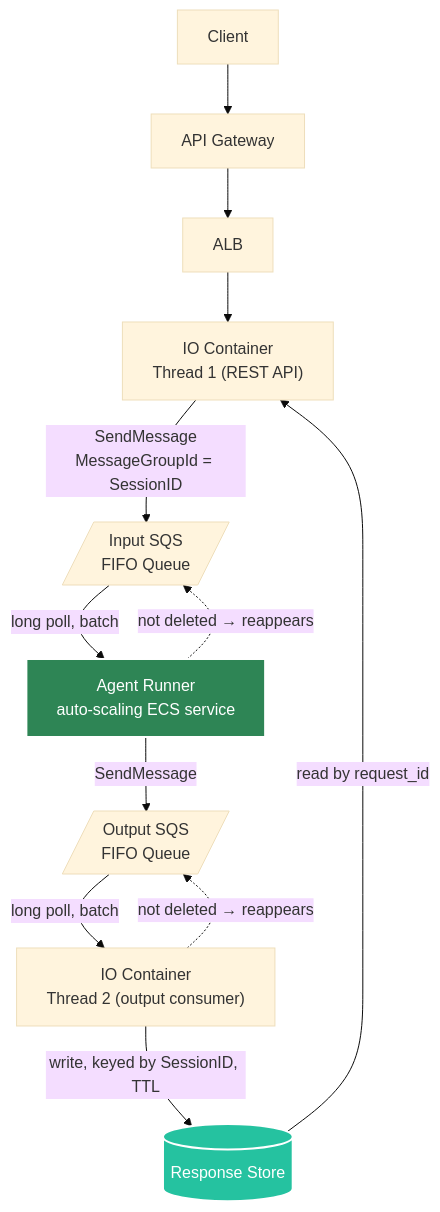
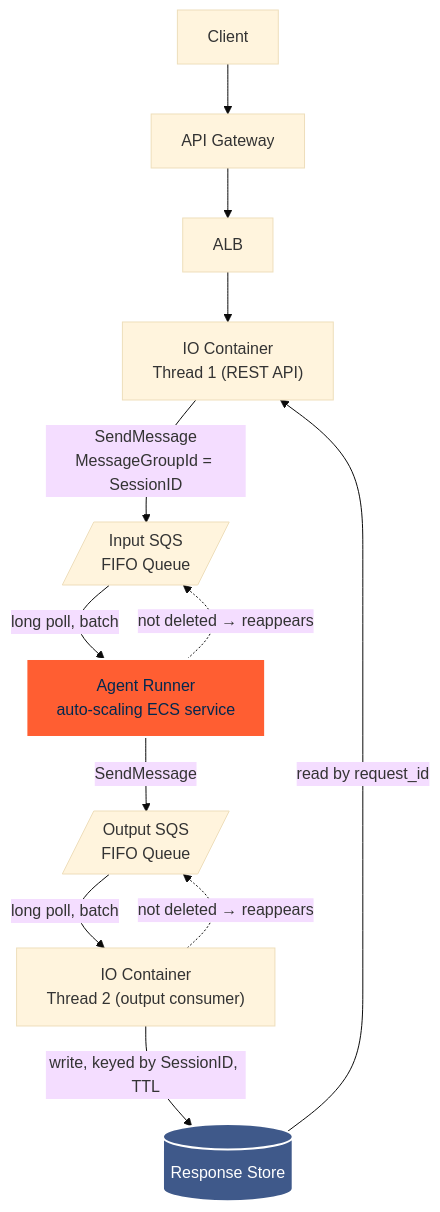
Before and after one commit to yaalalabs/agent-kernel: the third of 4 diagrams in docs/docs/deployment/aws-queue-mode-scalability.md, drawn with Mermaid (base theme). The commit also changed other lines of this file and 444 other files, not shown here.

````diff
--- a/docs/docs/deployment/aws-queue-mode-scalability.md
+++ b/docs/docs/deployment/aws-queue-mode-scalability.md
@@ -175,17 +175,17 @@
 ```mermaid
 graph TB
     C[Client] --> GW[API Gateway]
     GW --> LB[ALB]
     LB --> T1["IO Container<br/>Thread 1 (REST API)"]
     T1 -->|"SendMessage<br/>MessageGroupId = SessionID"| IQ[/"Input SQS<br/>FIFO Queue"/]
     IQ -->|"long poll, batch"| AR["Agent Runner<br/>auto-scaling ECS service"]
     AR -->|SendMessage| OQ[/"Output SQS<br/>FIFO Queue"/]
     OQ -->|"long poll, batch"| T2["IO Container<br/>Thread 2 (output consumer)"]
     T2 -->|"write, keyed by SessionID, TTL"| RS[(Response Store)]
     RS -->|"read by request_id"| T1
     AR -. "not deleted → reappears" .-> IQ
     T2 -. "not deleted → reappears" .-> OQ
 
-    style AR fill:#2e8555,stroke:#fff,stroke-width:2px,color:#fff
-    style RS fill:#25c2a0,stroke:#fff,stroke-width:2px,color:#fff
+    style AR fill:#FF5E32,stroke:#fff,stroke-width:2px,color:#02284F
+    style RS fill:#3F598A,stroke:#fff,stroke-width:2px,color:#fff
 ```
````
